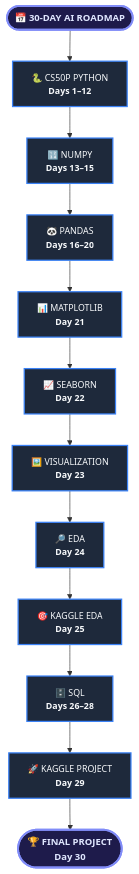
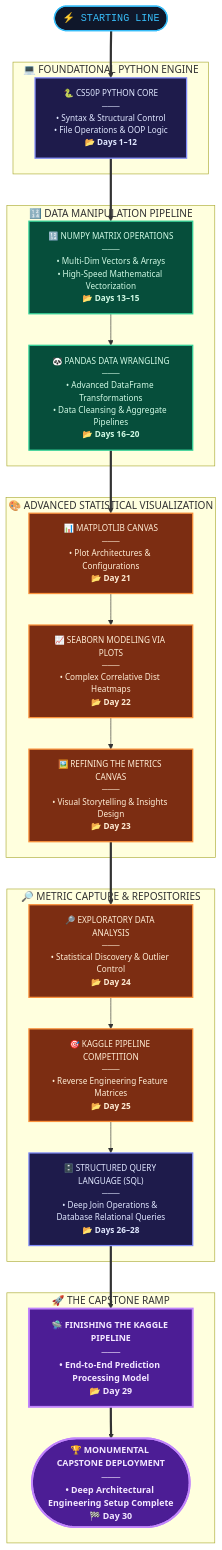
One commit to chinmayeeph/180_Days_AI_Engineer_Journey changed the diagram in 01_Python/README.md. Above: the diagram before and after it, drawn with Mermaid.

Commit message:
Revise flowchart for Python roadmap with new phases
Updated the flowchart with new phases and detailed descriptions for each phase, including foundational Python, data manipulation, visualization, and capstone projects.

````diff
--- a/01_Python/README.md
+++ b/01_Python/README.md
@@ -172,23 +172,53 @@
 ```mermaid
-graph TD
-    %% Custom Styling
-    classDef mainStage fill:#1e293b,stroke:#3b82f6,stroke-width:2px,color:#f8fafc,font-size:14px;
-    classDef milestone fill:#1e1b4b,stroke:#818cf8,stroke-width:3px,color:#e0e7ff,font-weight:bold,font-size:15px;
+flowchart TD
+    %% Custom Interactive Themes & Color Grading
+    classDef tracking fill:#0f172a,stroke:#38bdf8,stroke-width:2px,color:#38bdf8,font-family:monospace;
+    classDef coreCode fill:#1e1b4b,stroke:#818cf8,stroke-width:2px,color:#e0e7ff,font-size:13px;
+    classDef dataPrep fill:#064e3b,stroke:#34d399,stroke-width:2px,color:#d1fae5,font-size:13px;
+    classDef analytics fill:#7c2d12,stroke:#fb923c,stroke-width:2px,color:#ffedd5,font-size:13px;
+    classDef launch fill:#4c1d95,stroke:#c084fc,stroke-width:3px,color:#f3e8ff,font-weight:bold,font-size:14px;
+
+    %% ----------------------------------------------------
+    %% PHASE LEVEL LABELS (Visual Group Anchors)
+    %% ----------------------------------------------------
+    START([⚡ STARTING LINE]):::tracking
     
-    %% Timeline Nodes
-    A([📅 30-DAY AI ROADMAP]):::milestone
-    B[🐍 CS50P PYTHON <br> <b>Days 1–12</b>]:::mainStage
-    C[🔢 NUMPY <br> <b>Days 13–15</b>]:::mainStage
-    D[🐼 PANDAS <br> <b>Days 16–20</b>]:::mainStage
-    E[📊 MATPLOTLIB <br> <b>Day 21</b>]:::mainStage
-    F[📈 SEABORN <br> <b>Day 22</b>]:::mainStage
-    G[🖼️ VISUALIZATION <br> <b>Day 23</b>]:::mainStage
-    H[🔎 EDA <br> <b>Day 24</b>]:::mainStage
-    I[🎯 KAGGLE EDA <br> <b>Day 25</b>]:::mainStage
-    J[🗄️ SQL <br> <b>Days 26–28</b>]:::mainStage
-    K[🚀 KAGGLE PROJECT <br> <b>Day 29</b>]:::mainStage
-    L([🏆 FINAL PROJECT <br> <b>Day 30</b>]):::milestone
+    subgraph PHASE_1 ["💻 FOUNDATIONAL PYTHON ENGINE"]
+        Py["🐍 CS50P PYTHON CORE <br> ───<br>• Syntax & Structural Control <br>• File Operations & OOP Logic<br>📂 <b>Days 1–12</b>"]:::coreCode
+    end
 
-    %% Timeline Links
-    A --> B --> C --> D --> E --> F --> G --> H --> I --> J --> K --> L
+    subgraph PHASE_2 ["🔢 DATA MANIPULATION PIPELINE"]
+        Np["🔢 NUMPY MATRIX OPERATIONS<br>───<br>• Multi-Dim Vectors & Arrays<br>• High-Speed Mathematical Vectorization<br>📂 <b>Days 13–15</b>"]:::dataPrep
+        Pd["🐼 PANDAS DATA WRANGLING<br>───<br>• Advanced DataFrame Transformations<br>• Data Cleansing & Aggregate Pipelines<br>📂 <b>Days 16–20</b>"]:::dataPrep
+    end
+
+    subgraph PHASE_3 ["🎨 ADVANCED STATISTICAL VISUALIZATION"]
+        Mpl["📊 MATPLOTLIB CANVAS<br>───<br>• Plot Architectures & Configurations<br>📂 <b>Day 21</b>"]:::analytics
+        Sbn["📈 SEABORN MODELING VIA PLOTS<br>───<br>• Complex Correlative Dist Heatmaps<br>📂 <b>Day 22</b>"]:::analytics
+        Vis["🖼️ REFINING THE METRICS CANVAS<br>───<br>• Visual Storytelling & Insights Design<br>📂 <b>Day 23</b>"]:::analytics
+    end
+
+    subgraph PHASE_4 ["🔎 METRIC CAPTURE & REPOSITORIES"]
+        Eda["🔎 EXPLORATORY DATA ANALYSIS<br>───<br>• Statistical Discovery & Outlier Control<br>📂 <b>Day 24</b>"]:::analytics
+        KagEda["🎯 KAGGLE PIPELINE COMPETITION<br>───<br>• Reverse Engineering Feature Matrices<br>📂 <b>Day 25</b>"]:::analytics
+        Sql["🗄️ STRUCTURED QUERY LANGUAGE (SQL)<br>───<br>• Deep Join Operations & Database Relational Queries<br>📂 <b>Days 26–28</b>"]:::coreCode
+    end
+
+    subgraph PHASE_5 ["🚀 THE CAPSTONE RAMP"]
+        KagProj["🛸 FINISHING THE KAGGLE PIPELINE<br>───<br>• End-to-End Prediction Processing Model<br>📂 <b>Day 29</b>"]:::launch
+        Final(["🏆 MONUMENTAL CAPSTONE DEPLOYMENT<br>───<br>• Deep Architectural Engineering Setup Complete<br>🏁 <b>Day 30</b>"]):::launch
+    end
+
+    %% ----------------------------------------------------
+    %% HIGH INTERACT TRANSITION PATHWAYS
+    %% ----------------------------------------------------
+    START ==> Py
+    Py ==> Np
+    Np --> Pd
+    Pd ==> Mpl
+    Mpl --> Sbn --> Vis
+    Vis ==> Eda
+    Eda --> KagEda --> Sql
+    Sql ==> KagProj
+    KagProj ==> Final
 ```
````
